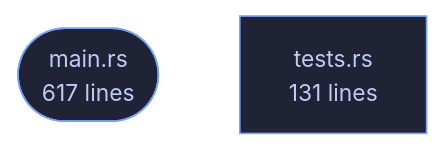
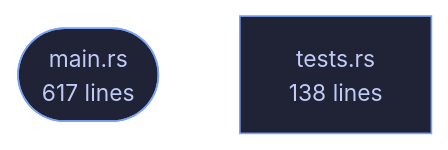
Before and after one commit to tilas01/veilvoice: the diagram in crates/veilvoice-verify/README.md, drawn with Mermaid. The commit also changed other lines of this file and 61 other files, not shown here.

````diff
--- a/crates/veilvoice-verify/README.md
+++ b/crates/veilvoice-verify/README.md
@@ -71,6 +71,6 @@
 ```mermaid
 %%{init: {"theme":"base","themeVariables":{"background":"#1a1b26","primaryColor":"#1f2335","primaryTextColor":"#c0caf5","primaryBorderColor":"#7aa2f7","secondaryColor":"#16161e","tertiaryColor":"#16161e","lineColor":"#565f89","textColor":"#c0caf5","mainBkg":"#1f2335","nodeBorder":"#7aa2f7","clusterBkg":"#16161e","clusterBorder":"#2f3549","fontFamily":"ui-monospace, SFMono-Regular, Consolas, monospace","fontSize":"14px"}}}%%
 flowchart TD
     n_main(["main.rs<br/>617 lines"])
-    n_tests["tests.rs<br/>131 lines"]
+    n_tests["tests.rs<br/>138 lines"]
 ```
````
